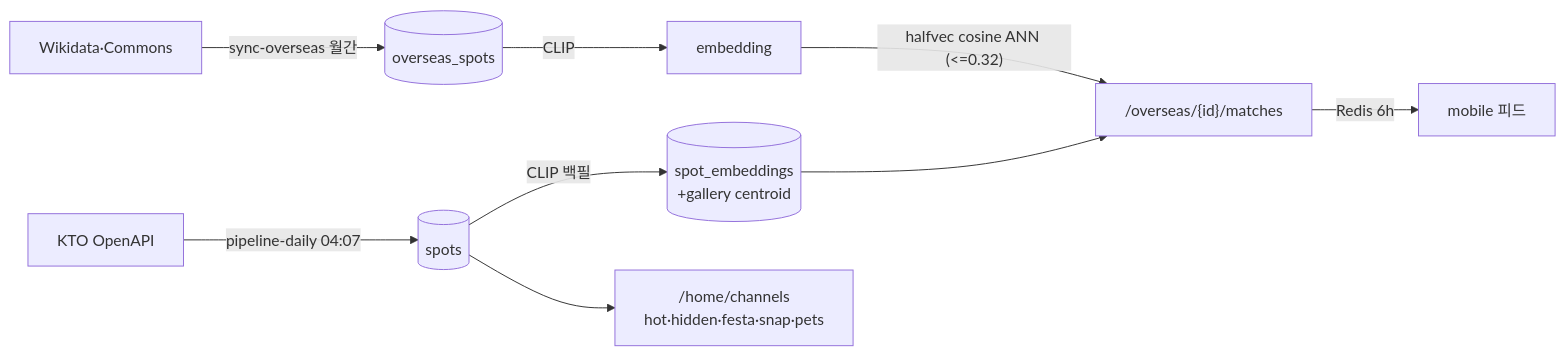
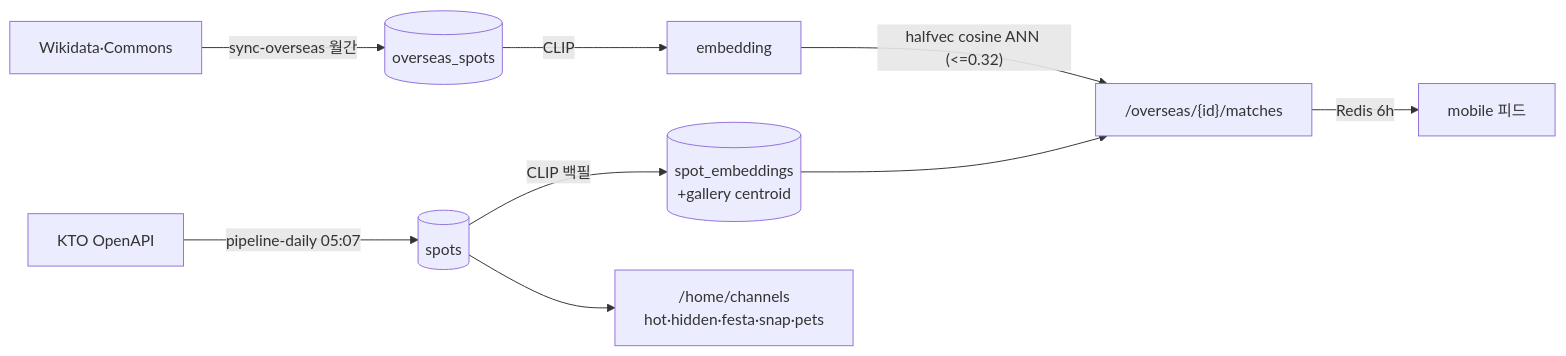
Before and after one commit to jeongeup-lab/PICTRIP: the first of 2 diagrams in docs/architecture.md, drawn with Mermaid. The commit also changed other lines of this file, not shown here.

````diff
--- a/docs/architecture.md
+++ b/docs/architecture.md
@@ -48,11 +48,11 @@
 ```mermaid
 flowchart LR
-  kto[KTO OpenAPI] -->|pipeline-daily 04:07| spots[(spots)]
+  kto[KTO OpenAPI] -->|pipeline-daily 05:07| spots[(spots)]
   wiki[Wikidata·Commons] -->|sync-overseas 월간| ovs[(overseas_spots)]
   spots -->|CLIP 백필| emb[(spot_embeddings\n+gallery centroid)]
   ovs -->|CLIP| oemb[embedding]
   oemb -->|"halfvec cosine ANN (<=0.32)"| match["/overseas/{id}/matches"]
   emb --> match
   match -->|Redis 6h| app[mobile 피드]
   spots --> ch["/home/channels\nhot·hidden·festa·snap·pets"]
 ```
````
